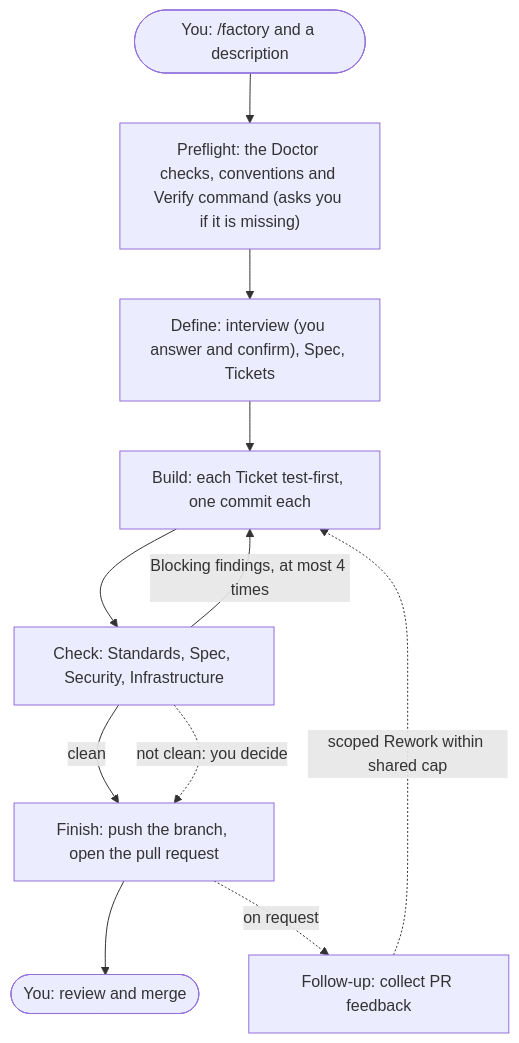
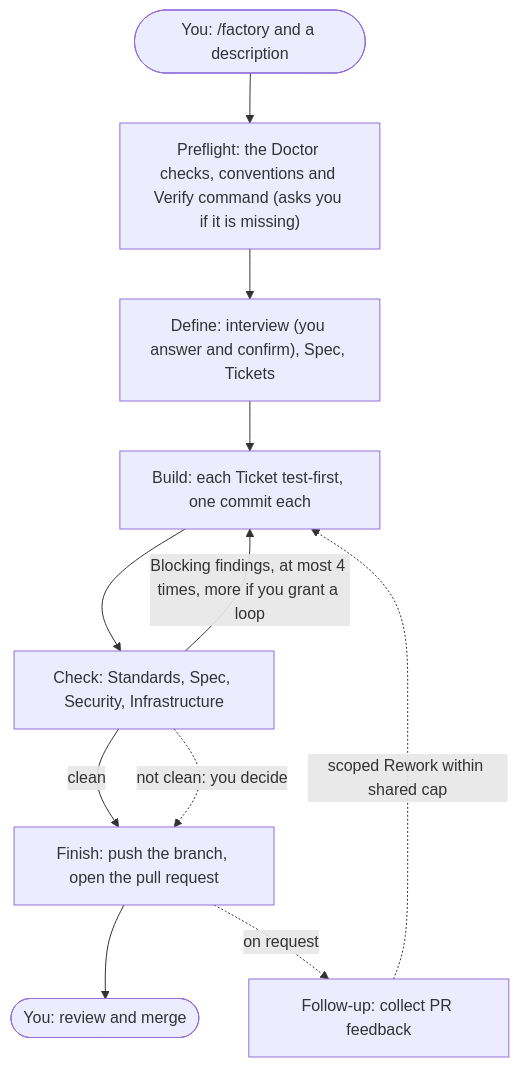
One commit to TDSchreur/tds-factory changed the first of 3 diagrams in docs/usage.md. Above: the diagram before and after it, drawn with Mermaid. The commit also changed other lines of this file and 24 other files, not shown here.

First line of the commit message:
Let the user grant an extra Check loop from the Dashboard (#352)

````diff
--- a/docs/usage.md
+++ b/docs/usage.md
@@ -7,13 +7,13 @@
 ```mermaid
 flowchart TB
     start(["You: /factory and a description"]) --> pre["Preflight: the Doctor checks, conventions and Verify command (asks you if it is missing)"]
     pre --> define["Define: interview (you answer and confirm), Spec, Tickets"]
     define --> build["Build: each Ticket test-first, one commit each"]
     build --> check["Check: Standards, Spec, Security, Infrastructure"]
-    check -->|"Blocking findings, at most 4 times"| build
+    check -->|"Blocking findings, at most 4 times, more if you grant a loop"| build
     check -->|"clean"| finish["Finish: push the branch, open the pull request"]
     check -.->|"not clean: you decide"| finish
     finish --> review(["You: review and merge"])
     finish -.->|"on request"| followup["Follow-up: collect PR feedback"]
     followup -.->|"scoped Rework within shared cap"| build
 ```
````
